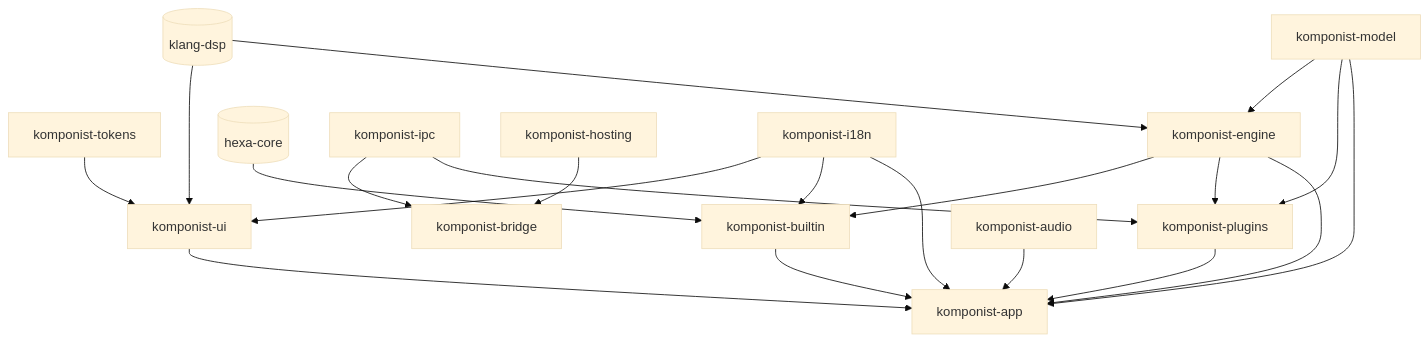
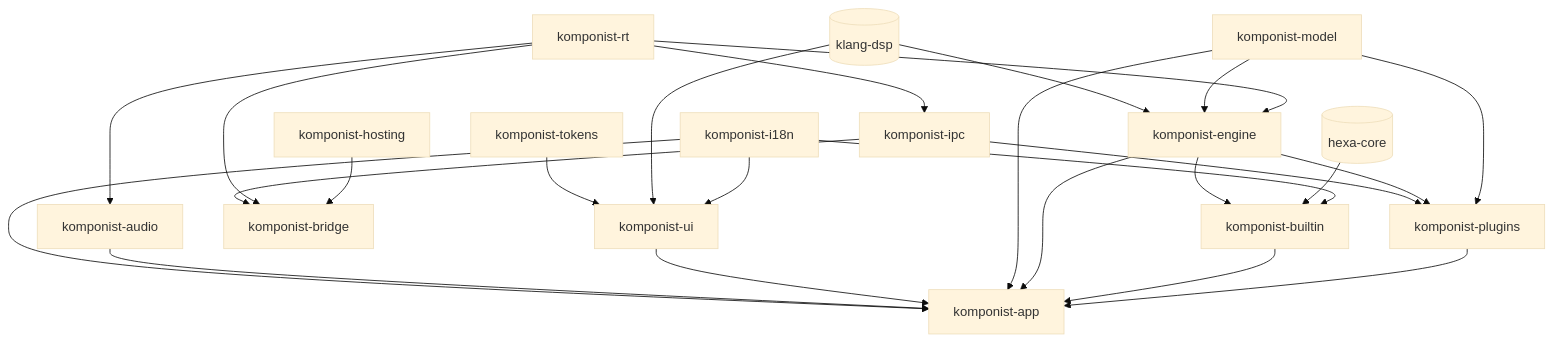
The diagram in docs/ARCHITECTURE.md (klang-studio/komponist), drawn with Mermaid (base theme) before and after one commit. The commit also changed other lines of this file, not shown here.

First line of the commit message:
Document the macOS realtime design in ARCHITECTURE (#45)

````diff
--- a/docs/ARCHITECTURE.md
+++ b/docs/ARCHITECTURE.md
@@ -167,23 +168,27 @@
 ```mermaid
 graph TD
   tokens[komponist-tokens] --> ui[komponist-ui]
   dsp[(klang-dsp)] --> ui
   dsp --> engine[komponist-engine]
   model[komponist-model] --> engine
   engine --> builtin[komponist-builtin]
   synth[(hexa-core)] --> builtin
   ipc[komponist-ipc] --> bridge[komponist-bridge]
+  rt[komponist-rt] --> engine
+  rt --> audio
+  rt --> ipc
+  rt --> bridge
   hosting[komponist-hosting] --> bridge
   ipc --> plugins[komponist-plugins]
   engine --> plugins
   model --> plugins
   i18n[komponist-i18n] --> ui
   i18n --> builtin
   i18n --> app
   audio[komponist-audio] --> app[komponist-app]
   ui --> app
   model --> app
   engine --> app
   builtin --> app
   plugins --> app
 ```
````
